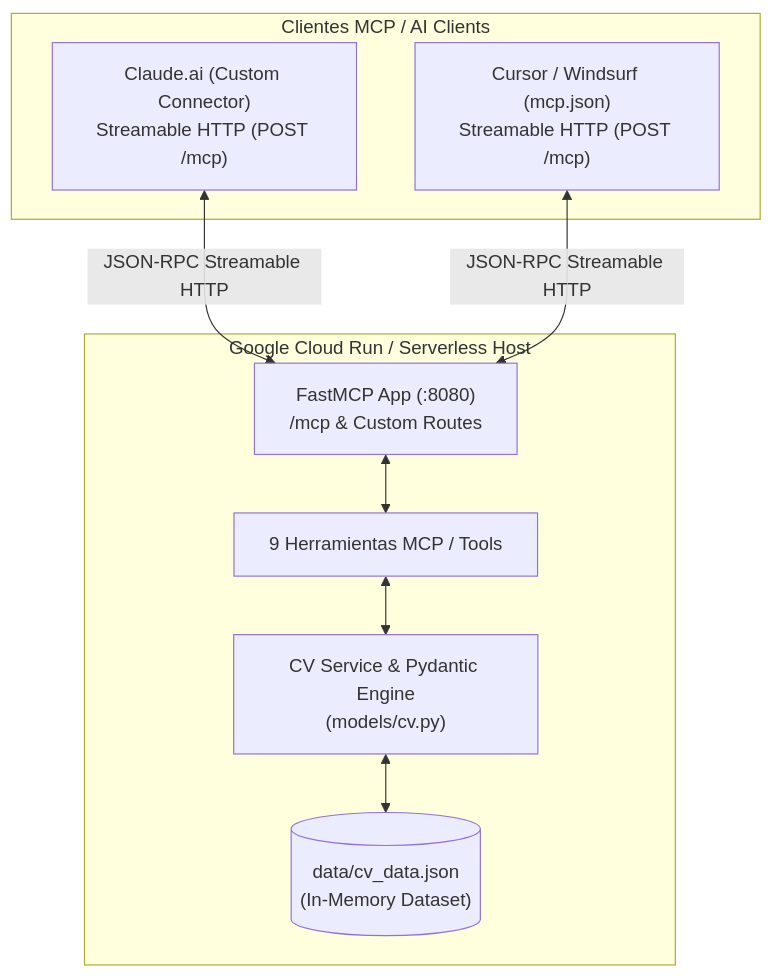
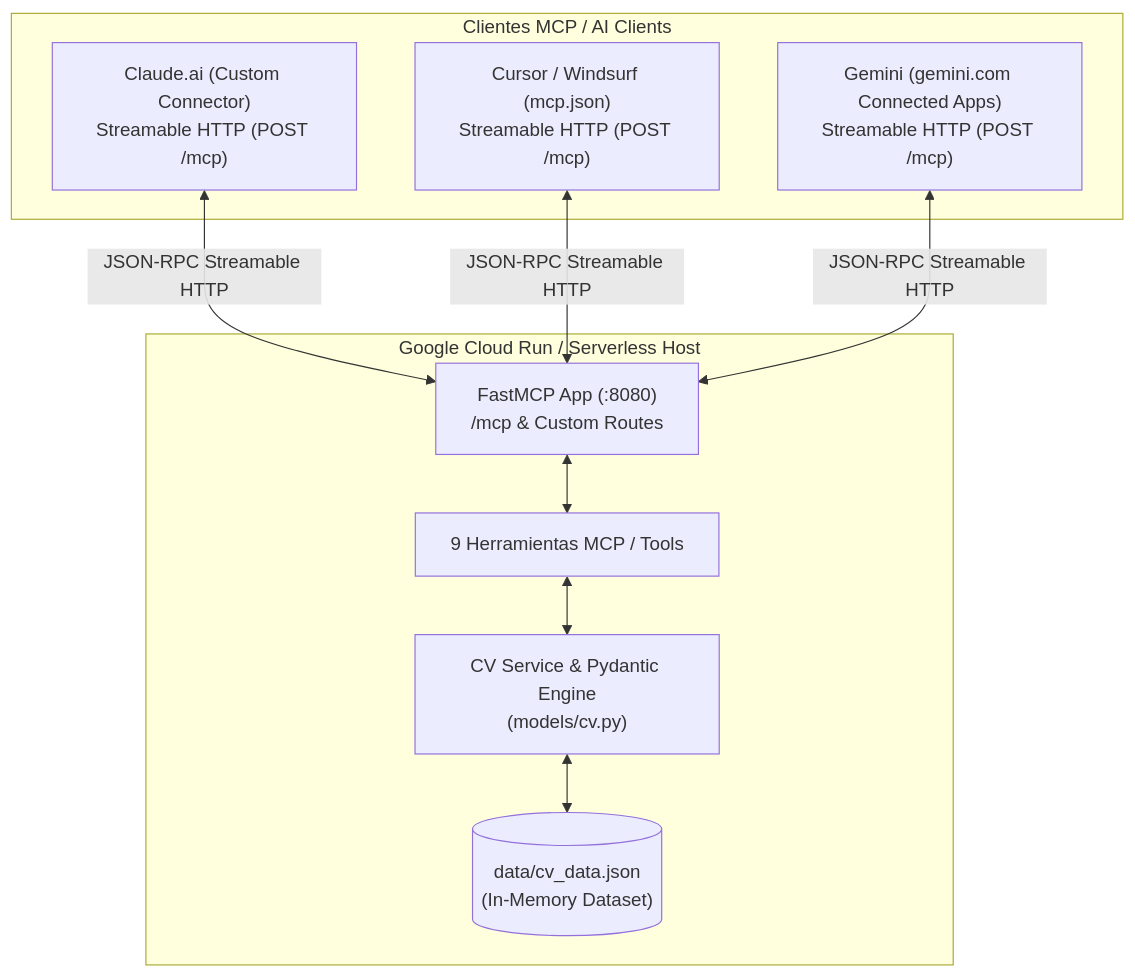
Before and after one commit to AnaCataVC/anacatalina-mcp: the diagram in README.md, drawn with Mermaid. The commit also changed other lines of this file and 1 other file, not shown here.

Commit message:
docs: add Gemini Connected Apps setup guide and update MCP metadata

````diff
--- a/README.md
+++ b/README.md
@@ -55,20 +55,22 @@
 ```mermaid
 flowchart TD
     subgraph ClientLayer["Clientes MCP / AI Clients"]
         A["Claude.ai (Custom Connector)<br/>Streamable HTTP (POST /mcp)"]
         B["Cursor / Windsurf (mcp.json)<br/>Streamable HTTP (POST /mcp)"]
+        G["Gemini (gemini.com Connected Apps)<br/>Streamable HTTP (POST /mcp)"]
     end
 
     subgraph CloudLayer["Google Cloud Run / Serverless Host"]
         C["FastMCP App (:8080)<br/>/mcp & Custom Routes"]
         D["9 Herramientas MCP / Tools"]
         E["CV Service & Pydantic Engine<br/>(models/cv.py)"]
         F[("data/cv_data.json<br/>(In-Memory Dataset)")]
     end
 
     A <-->|"JSON-RPC Streamable HTTP"| C
     B <-->|"JSON-RPC Streamable HTTP"| C
+    G <-->|"JSON-RPC Streamable HTTP"| C
     C <--> D
     D <--> E
     E <--> F
 ```
````
